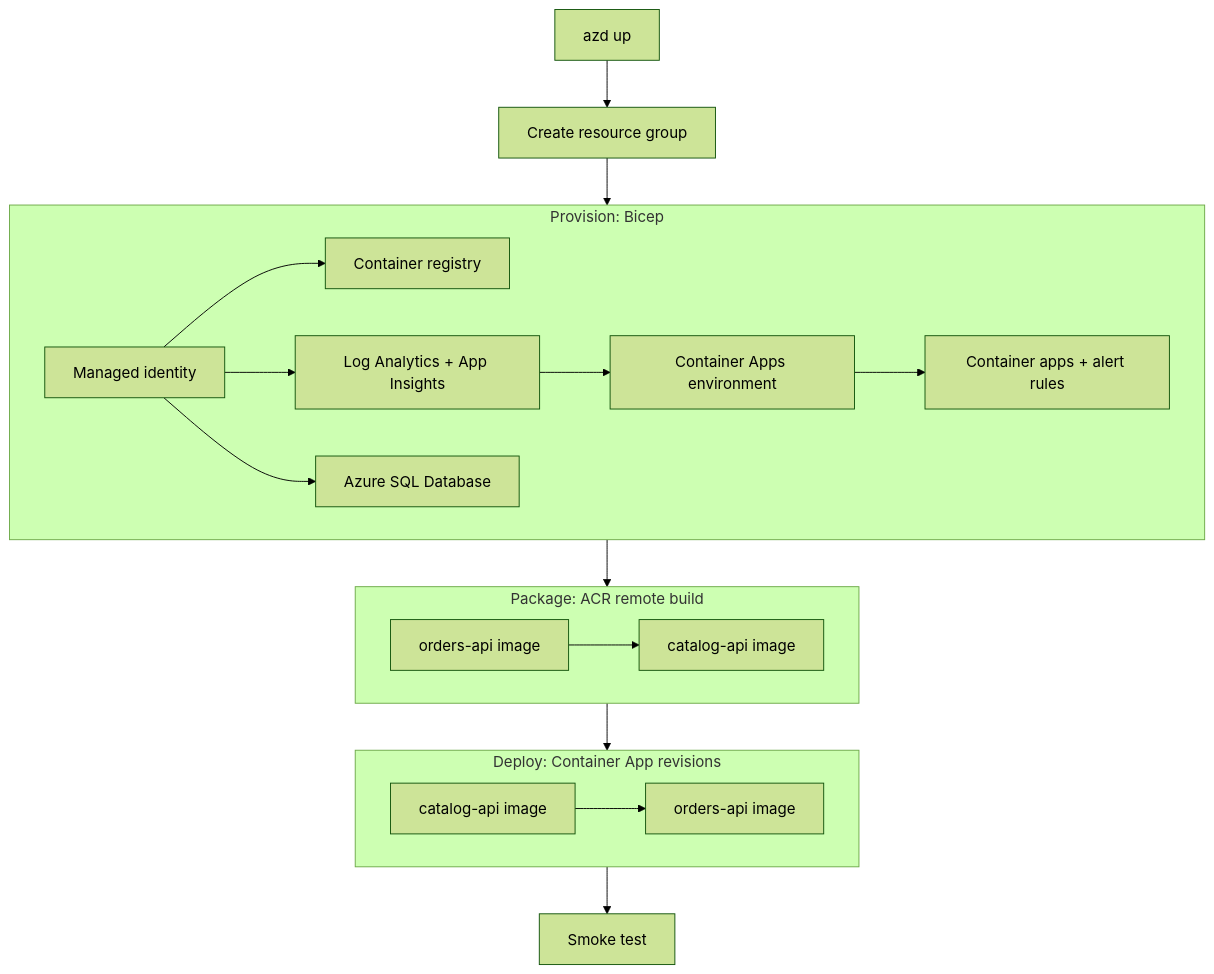
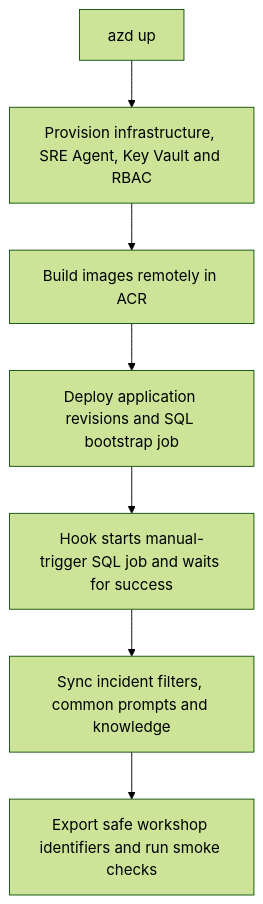
Before and after one commit to charliekw411/sre-agent-workshop: the diagram in docs/sre/03-deploy-infrastructure/index.md, drawn with Mermaid (forest theme). The commit also changed other lines of this file and 45 other files, not shown here.

Commit message:
Implement identity-based workshop deployment and version-controlled agent configuration

````diff
--- a/docs/sre/03-deploy-infrastructure/index.md
+++ b/docs/sre/03-deploy-infrastructure/index.md
@@ -37,21 +36,9 @@
 ```mermaid
 flowchart TD
-  AZD[azd up] --> P0[Create resource group]
-  P0 --> P1
-  subgraph P1["Provision: Bicep"]
-        A[Managed identity] --> B[Container registry]
-        A --> C[Log Analytics + App Insights]
-        A --> D[Azure SQL Database]
-        C --> E[Container Apps environment]
-    E --> H[Container apps + alert rules]
-    end
-    P1 --> P2
-  subgraph P2["Package: ACR remote build"]
-        F[orders-api image] --> G[catalog-api image]
-    end
-    P2 --> P3
-  subgraph P3["Deploy: Container App revisions"]
-    I[catalog-api image] --> J[orders-api image]
-    end
-    P3 --> V[Smoke test]
+    A[azd up] --> B[Provision infrastructure, SRE Agent, Key Vault and RBAC]
+    B --> C[Build images remotely in ACR]
+    C --> D[Deploy application revisions and SQL bootstrap job]
+    D --> E[Hook starts manual-trigger SQL job and waits for success]
+    E --> F[Sync incident filters, common prompts and knowledge]
+    F --> G[Export safe workshop identifiers and run smoke checks]
 ```
````
